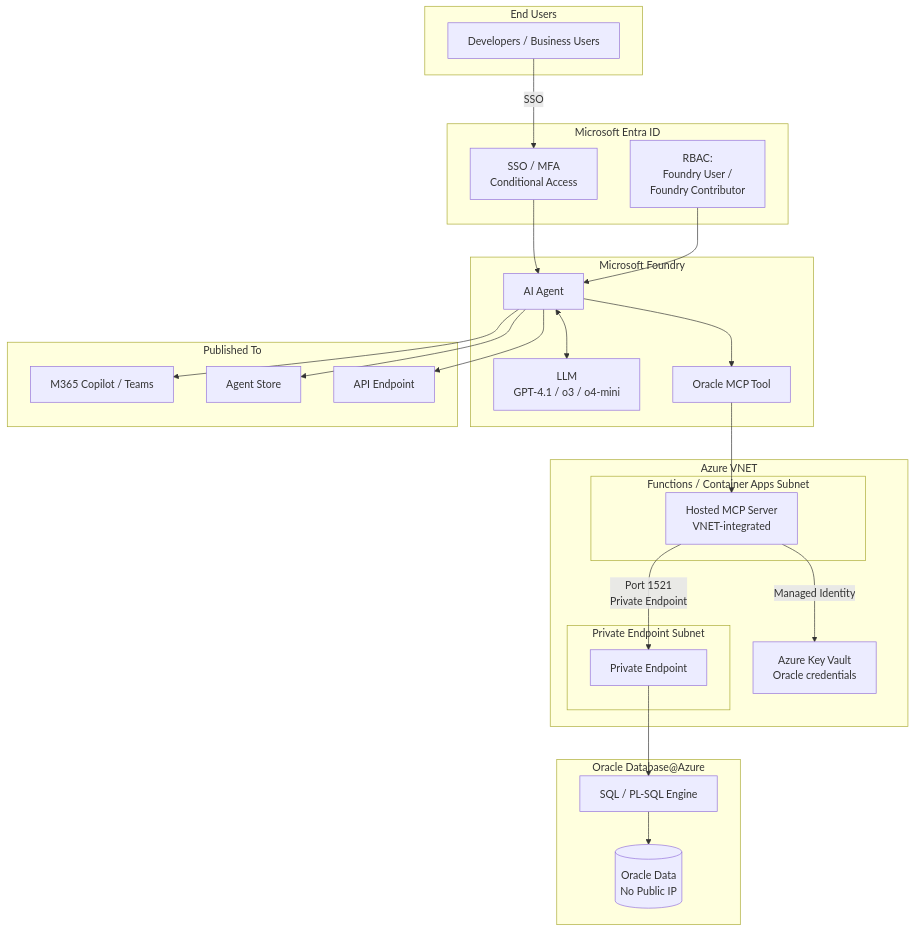
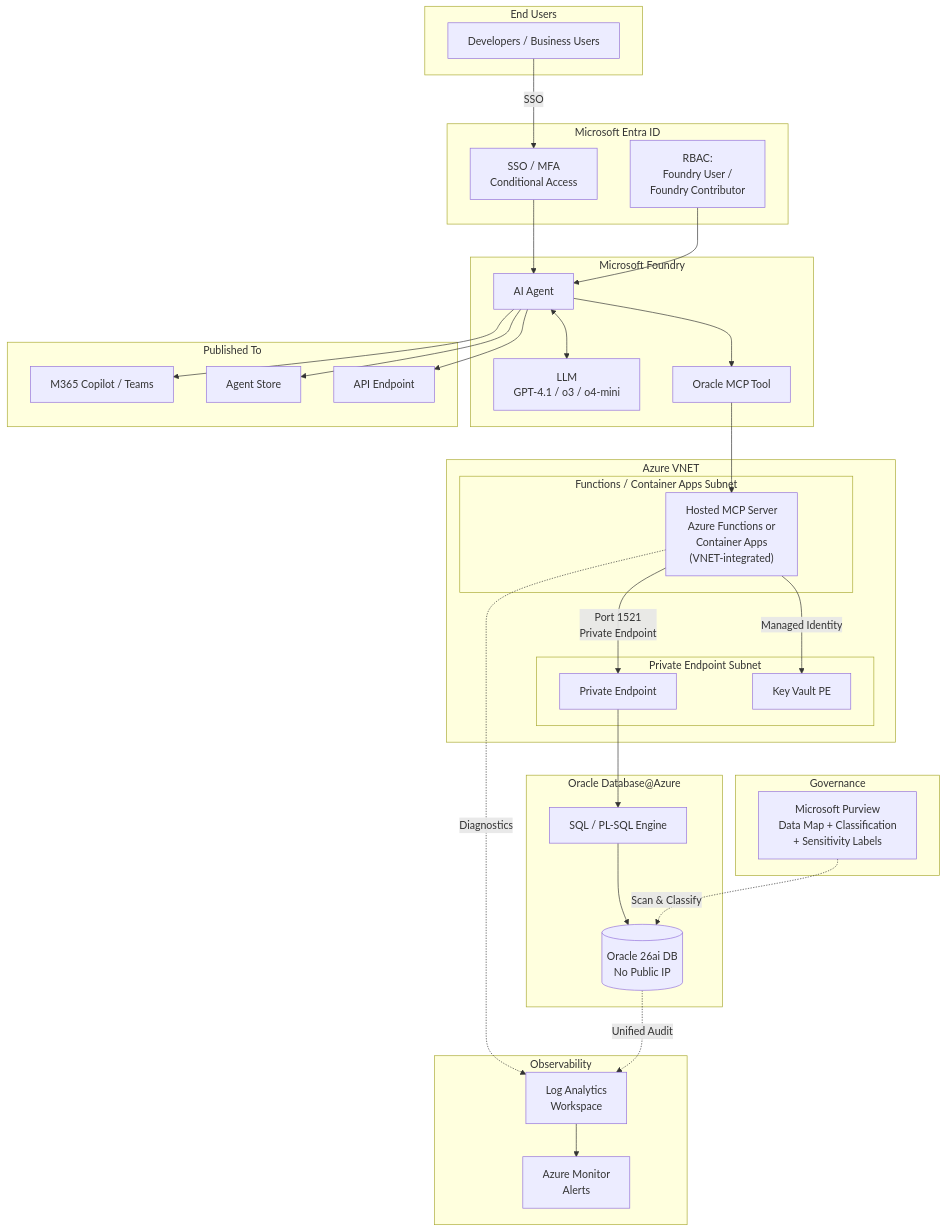
One commit to ryellajo12/ODAA-AI-Playbook changed the second of 11 diagrams in docs/02-reference-architectures.md. Above: the diagram before and after it, drawn with Mermaid. The commit also changed other lines of this file, not shown here.

Commit message:
Update reference architectures: add Purview + Log Analytics, ORDS on 26ai, new patterns 1C/1D/1E, standardize to 26ai

````diff
--- a/docs/02-reference-architectures.md
+++ b/docs/02-reference-architectures.md
@@ -76,52 +77,65 @@
 ```mermaid
 graph TB
     subgraph Users["End Users"]
         EU["Developers / Business Users"]
     end
 
     subgraph EntraID["Microsoft Entra ID"]
         AUTH["SSO / MFA<br/>Conditional Access"]
         RBAC_E["RBAC:<br/>Foundry User /<br/>Foundry Contributor"]
     end
 
     subgraph Foundry["Microsoft Foundry"]
         AGENT["AI Agent"]
         LLM["LLM<br/>GPT-4.1 / o3 / o4-mini"]
         MCP["Oracle MCP Tool"]
     end
 
     subgraph VNET["Azure VNET"]
         subgraph FuncSub["Functions / Container Apps Subnet"]
-            MCPHOST["Hosted MCP Server<br/>VNET-integrated"]
+            MCPHOST["Hosted MCP Server<br/>Azure Functions or<br/>Container Apps<br/>(VNET-integrated)"]
         end
         subgraph PESub["Private Endpoint Subnet"]
             PE["Private Endpoint"]
+            KVPE["Key Vault PE"]
         end
-        KV["Azure Key Vault<br/>Oracle credentials"]
     end
 
     subgraph ODA["Oracle Database@Azure"]
         SQL["SQL / PL-SQL Engine"]
-        DATA[("Oracle Data<br/>No Public IP")]
+        DATA[("Oracle 26ai DB<br/>No Public IP")]
+    end
+
+    subgraph Governance["Governance"]
+        PV["Microsoft Purview<br/>Data Map + Classification<br/>+ Sensitivity Labels"]
+    end
+
+    subgraph Observability["Observability"]
+        LA["Log Analytics<br/>Workspace"]
+        AM["Azure Monitor<br/>Alerts"]
     end
 
     subgraph Publish["Published To"]
         M365["M365 Copilot / Teams"]
         STORE["Agent Store"]
         API["API Endpoint"]
     end
 
     EU -->|SSO| AUTH
     AUTH --> AGENT
     RBAC_E --> AGENT
     AGENT <--> LLM
     AGENT --> MCP
     MCP --> MCPHOST
-    MCPHOST -->|Managed Identity| KV
+    MCPHOST -->|Managed Identity| KVPE
     MCPHOST -->|Port 1521<br/>Private Endpoint| PE
     PE --> SQL
     SQL --> DATA
     AGENT --> M365
     AGENT --> STORE
     AGENT --> API
+    PV -.->|"Scan & Classify"| DATA
+    MCPHOST -.->|"Diagnostics"| LA
+    DATA -.->|"Unified Audit"| LA
+    LA --> AM
 ```
````
